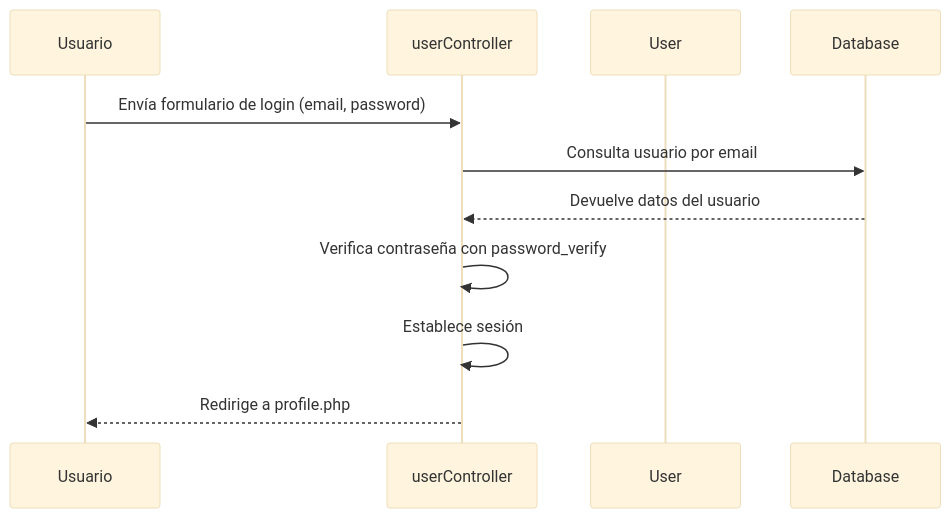
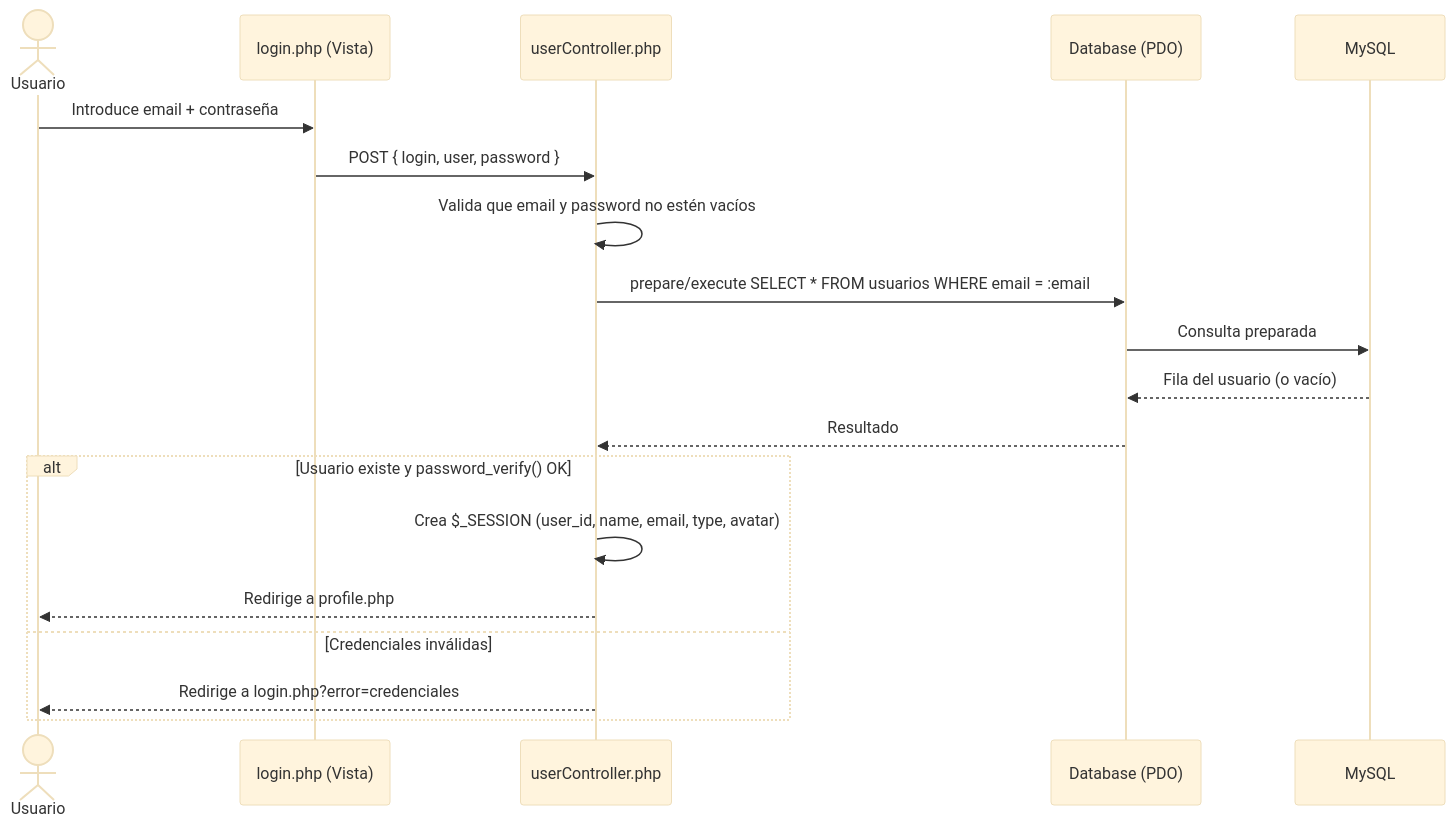
One commit to israelalmore/uiUX_html-css changed the second of 3 diagrams in README.md. Above: the diagram before and after it, drawn with Mermaid (base theme). The commit also changed other lines of this file, not shown here.

````diff
--- a/README.md
+++ b/README.md
@@ -53,14 +168,23 @@
 ```mermaid
 sequenceDiagram
-    participant Usuario
-    participant userController
-    participant User
-    participant Database
+    actor Usuario
+    participant Login as login.php (Vista)
+    participant Ctrl as userController.php
+    participant DB as Database (PDO)
+    participant MySQL
 
-    Usuario->>userController: Envía formulario de login (email, password)
-    userController->>Database: Consulta usuario por email
-    Database-->>userController: Devuelve datos del usuario
-    userController->>userController: Verifica contraseña con password_verify
-    userController->>userController: Establece sesión
-    userController-->>Usuario: Redirige a profile.php
+    Usuario->>Login: Introduce email + contraseña
+    Login->>Ctrl: POST { login, user, password }
+    Ctrl->>Ctrl: Valida que email y password no estén vacíos
+    Ctrl->>DB: prepare/execute SELECT * FROM usuarios WHERE email = :email
+    DB->>MySQL: Consulta preparada
+    MySQL-->>DB: Fila del usuario (o vacío)
+    DB-->>Ctrl: Resultado
+
+    alt Usuario existe y password_verify() OK
+        Ctrl->>Ctrl: Crea $_SESSION (user_id, name, email, type, avatar)
+        Ctrl-->>Usuario: Redirige a profile.php
+    else Credenciales inválidas
+        Ctrl-->>Usuario: Redirige a login.php?error=credenciales
+    end
 ```
````
